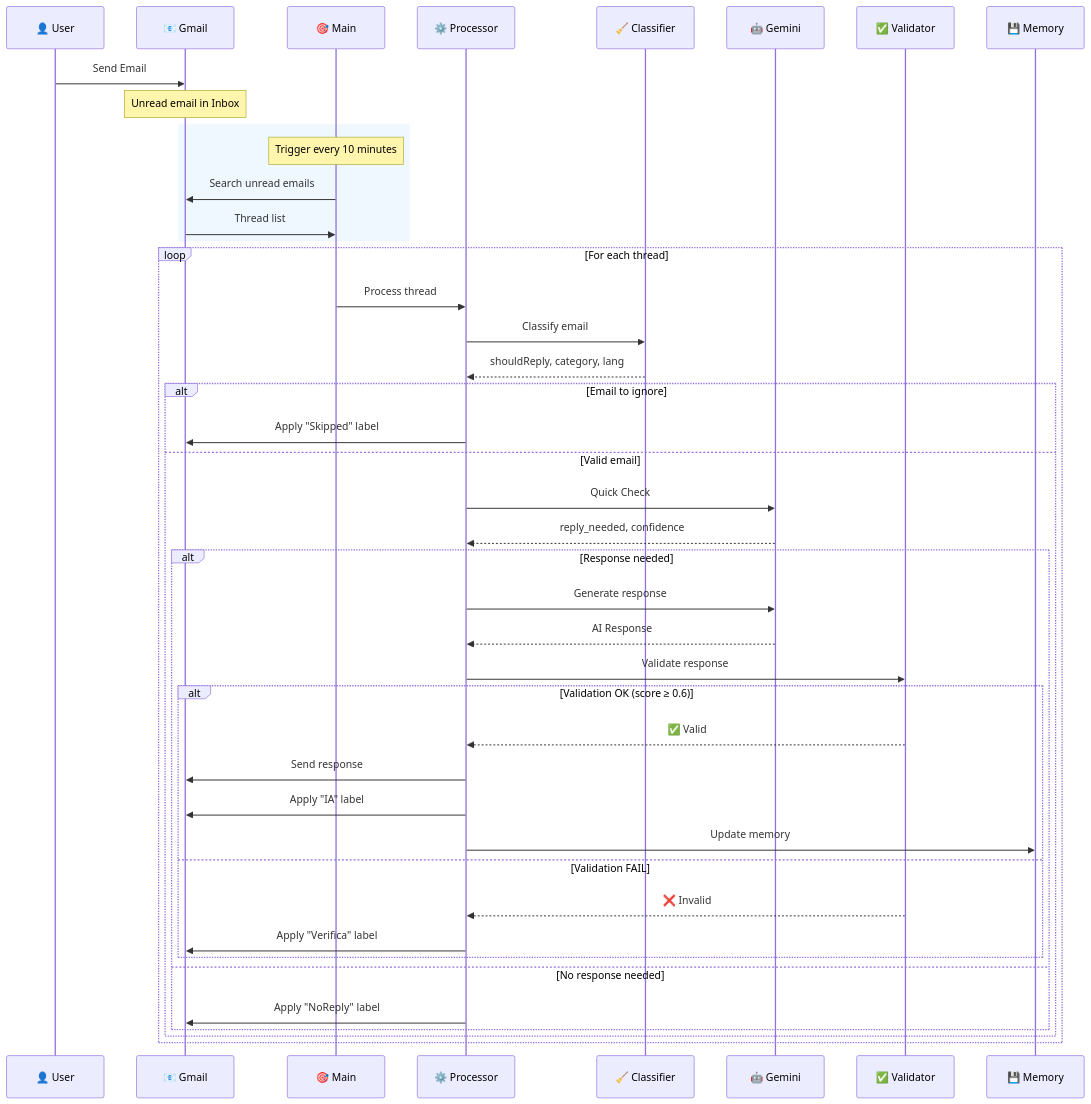
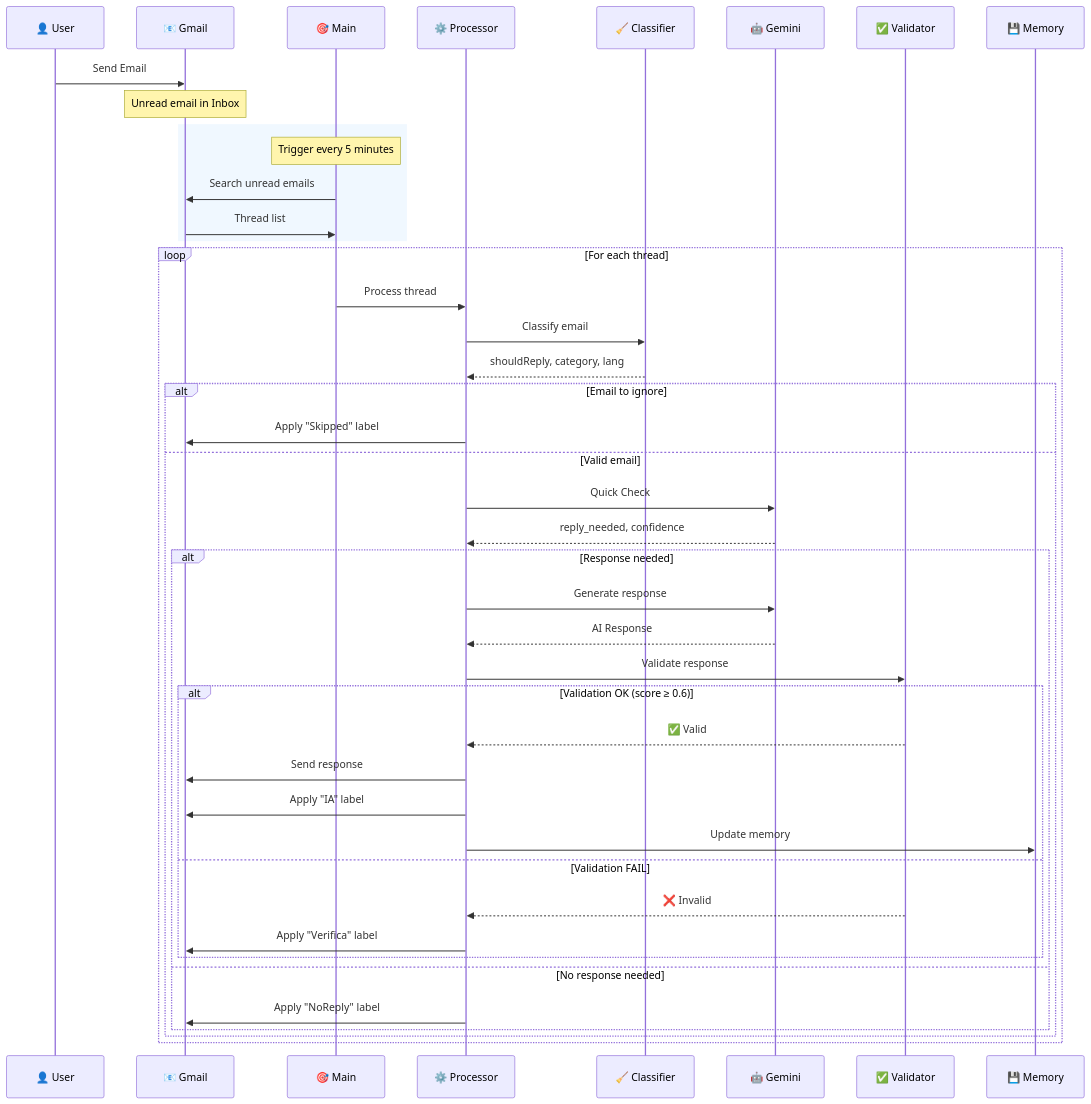
The second of 9 diagrams in docs/ARCHITECTURE_DIAGRAMS.md (rasanfil-source/segreteria), drawn with Mermaid before and after one commit. The commit also changed 25 other files, not shown here.

````diff
--- a/docs/ARCHITECTURE_DIAGRAMS.md
+++ b/docs/ARCHITECTURE_DIAGRAMS.md
@@ -53,53 +53,53 @@
 ```mermaid
 sequenceDiagram
     participant U as 👤 User
     participant G as 📧 Gmail
     participant M as 🎯 Main
     participant P as ⚙️ Processor
     participant C as 🧹 Classifier
     participant AI as 🤖 Gemini
     participant V as ✅ Validator
     participant S as 💾 Memory
     
     U->>G: Send Email
     Note over G: Unread email in Inbox
     
     rect rgb(240, 248, 255)
-        Note over M: Trigger every 10 minutes
+        Note over M: Trigger every 5 minutes
         M->>G: Search unread emails
         G->>M: Thread list
     end
     
     loop For each thread
         M->>P: Process thread
         
         P->>C: Classify email
         C-->>P: shouldReply, category, lang
         
         alt Email to ignore
             P->>G: Apply "Skipped" label
         else Valid email
             P->>AI: Quick Check
             AI-->>P: reply_needed, confidence
             
             alt Response needed
                 P->>AI: Generate response
                 AI-->>P: AI Response
                 
                 P->>V: Validate response
                 
                 alt Validation OK (score ≥ 0.6)
                     V-->>P: ✅ Valid
                     P->>G: Send response
                     P->>G: Apply "IA" label
                     P->>S: Update memory
                 else Validation FAIL
                     V-->>P: ❌ Invalid
                     P->>G: Apply "Verifica" label
                 end
             else No response needed
                 P->>G: Apply "NoReply" label
             end
         end
     end
 ```
````
